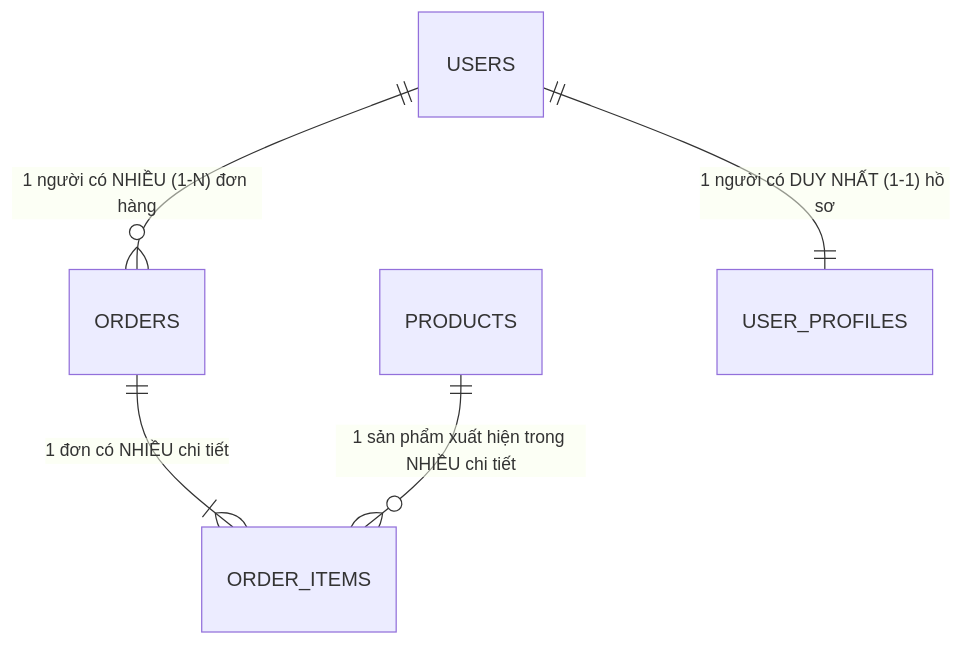
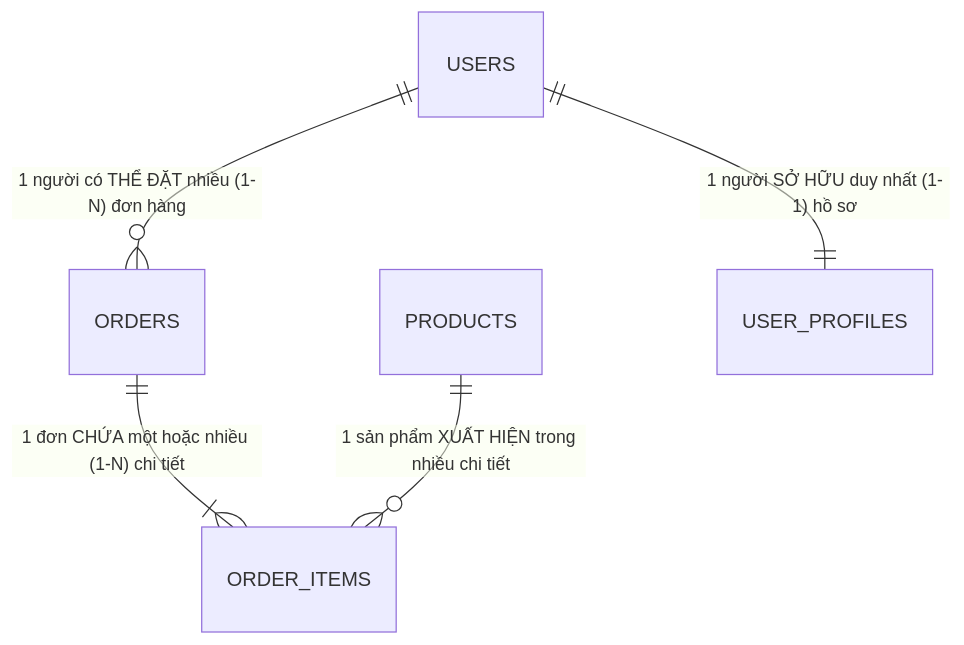
One commit to ThanhPhongvipvip/Tutorial changed the third of 10 diagrams in database/Database.md. Above: the diagram before and after it, drawn with Mermaid. The commit also changed other lines of this file and 1 other file, not shown here.

````diff
--- a/database/Database.md
+++ b/database/Database.md
@@ -129,7 +167,7 @@
 ```mermaid
 erDiagram
-    USERS ||--o{ ORDERS : "1 người có NHIỀU (1-N) đơn hàng"
-    ORDERS ||--|{ ORDER_ITEMS : "1 đơn có NHIỀU chi tiết"
-    PRODUCTS ||--o{ ORDER_ITEMS : "1 sản phẩm xuất hiện trong NHIỀU chi tiết"
-    USERS ||--|| USER_PROFILES : "1 người có DUY NHẤT (1-1) hồ sơ"
+    USERS ||--o{ ORDERS : "1 người có THỂ ĐẶT nhiều (1-N) đơn hàng"
+    ORDERS ||--|{ ORDER_ITEMS : "1 đơn CHỨA một hoặc nhiều (1-N) chi tiết"
+    PRODUCTS ||--o{ ORDER_ITEMS : "1 sản phẩm XUẤT HIỆN trong nhiều chi tiết"
+    USERS ||--|| USER_PROFILES : "1 người SỞ HỮU duy nhất (1-1) hồ sơ"
 ```
````
